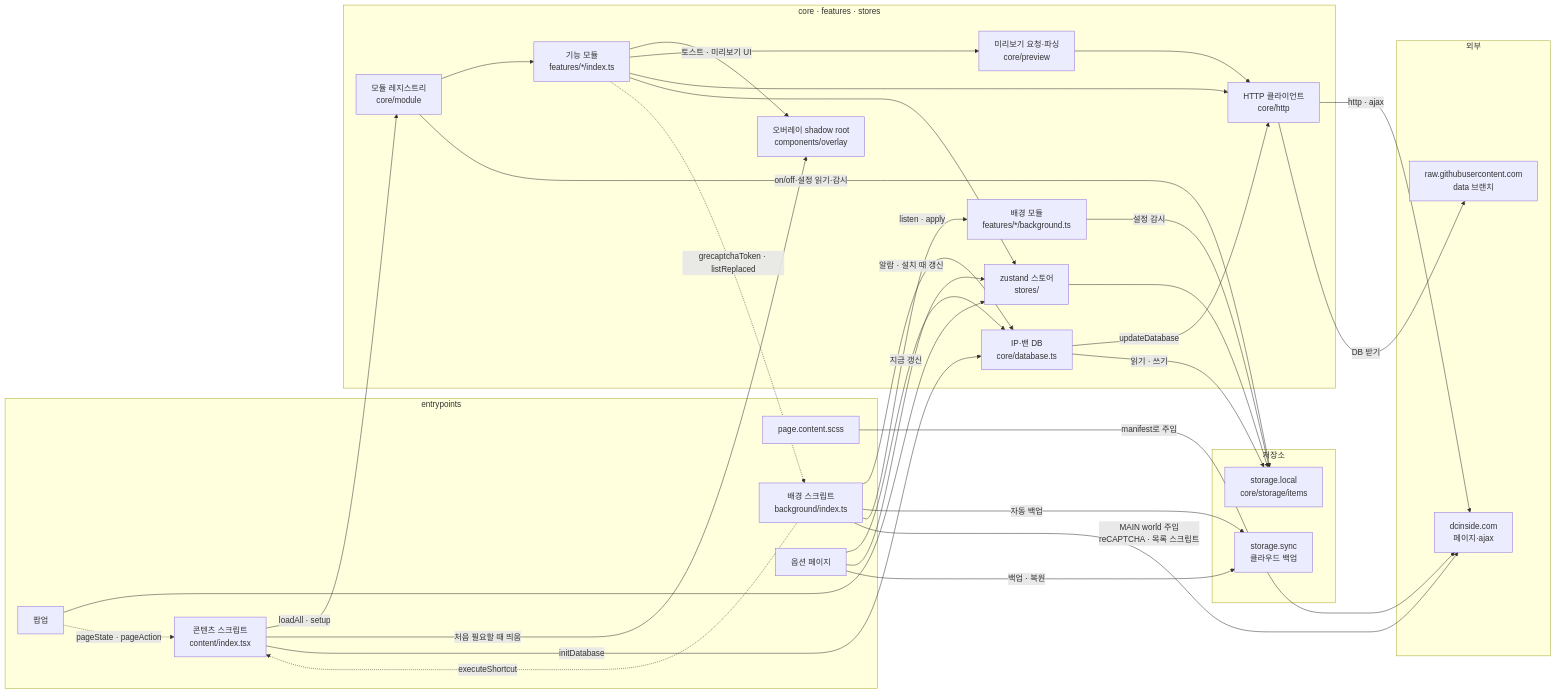
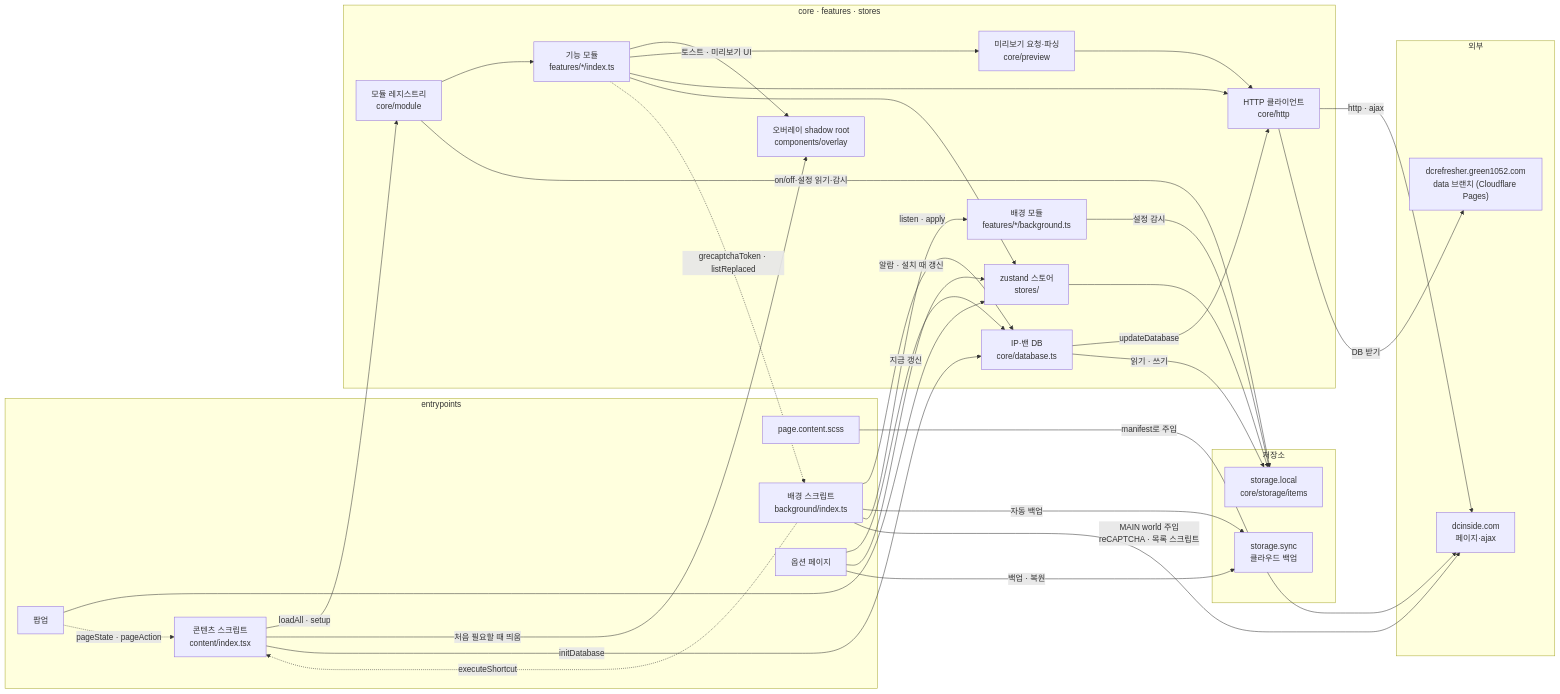
Before and after one commit to green1052/DCRefresher-Reborn: the first of 6 diagrams in docs/DEVELOPMENT.md, drawn with Mermaid. The commit also changed other lines of this file and 2 other files, not shown here.

Commit message:
feat(db): the extension downloads the IP and ban DB from dcrefresher.green1052.com (the data branch on Cloudflare Pages); the GitHub data branch keeps serving 6.0.3 and older; README drops the old homepage link and names the new host

````diff
--- a/docs/DEVELOPMENT.md
+++ b/docs/DEVELOPMENT.md
@@ -89,60 +89,60 @@
 ```mermaid
 flowchart LR
     subgraph EXT["외부"]
         DC["dcinside.com<br>페이지·ajax"]
-        GH["raw.githubusercontent.com<br>data 브랜치"]
+        GH["dcrefresher.green1052.com<br>data 브랜치 (Cloudflare Pages)"]
     end
 
     subgraph ENTRY["entrypoints"]
         CS["콘텐츠 스크립트<br>content/index.tsx"]
         PCSS["page.content.scss"]
         BG["배경 스크립트<br>background/index.ts"]
         OPT["옵션 페이지"]
         POP["팝업"]
     end
 
     subgraph CORE["core · features · stores"]
         REG["모듈 레지스트리<br>core/module"]
         FEAT["기능 모듈<br>features/*/index.ts"]
         BGM["배경 모듈<br>features/*/background.ts"]
         OV["오버레이 shadow root<br>components/overlay"]
         PREV["미리보기 요청·파싱<br>core/preview"]
         HTTP["HTTP 클라이언트<br>core/http"]
         DB["IP·밴 DB<br>core/database.ts"]
         ST["zustand 스토어<br>stores/"]
     end
 
     subgraph STORE["저장소"]
         LOCAL["storage.local<br>core/storage/items"]
         SYNC["storage.sync<br>클라우드 백업"]
     end
 
     PCSS -->|"manifest로 주입"| DC
     CS -->|"loadAll · setup"| REG
     REG --> FEAT
     REG -->|"on/off·설정 읽기·감시"| LOCAL
     CS -->|"처음 필요할 때 띄움"| OV
     FEAT -->|"토스트 · 미리보기 UI"| OV
     FEAT --> PREV
     PREV --> HTTP
     FEAT --> HTTP
     HTTP -->|"http · ajax"| DC
     HTTP -->|"DB 받기"| GH
     CS -->|"initDatabase"| DB
     BG -->|"알람 · 설치 때 갱신"| DB
     OPT -->|"지금 갱신"| DB
     DB -->|"updateDatabase"| HTTP
     DB -->|"읽기 · 쓰기"| LOCAL
     FEAT --> ST
     OPT --> ST
     POP --> ST
     ST --> LOCAL
     OPT -->|"백업 · 복원"| SYNC
     BG -->|"자동 백업"| SYNC
     BG -->|"listen · apply"| BGM
     BGM -->|"설정 감시"| LOCAL
     BG -->|"MAIN world 주입<br>reCAPTCHA · 목록 스크립트"| DC
     BG -.->|"executeShortcut"| CS
     FEAT -.->|"grecaptchaToken · listReplaced"| BG
     POP -.->|"pageState · pageAction"| CS
 ```
````
